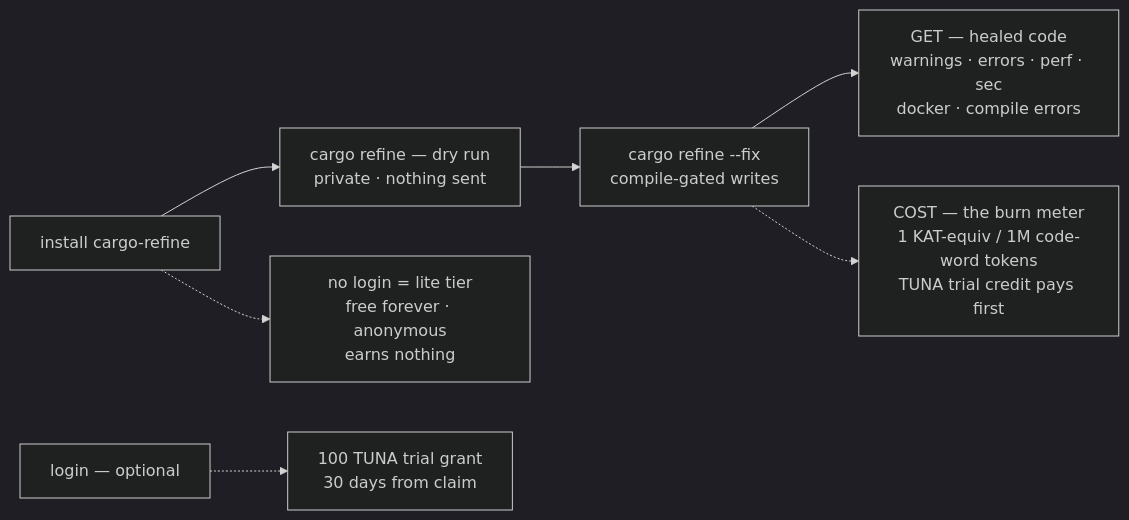
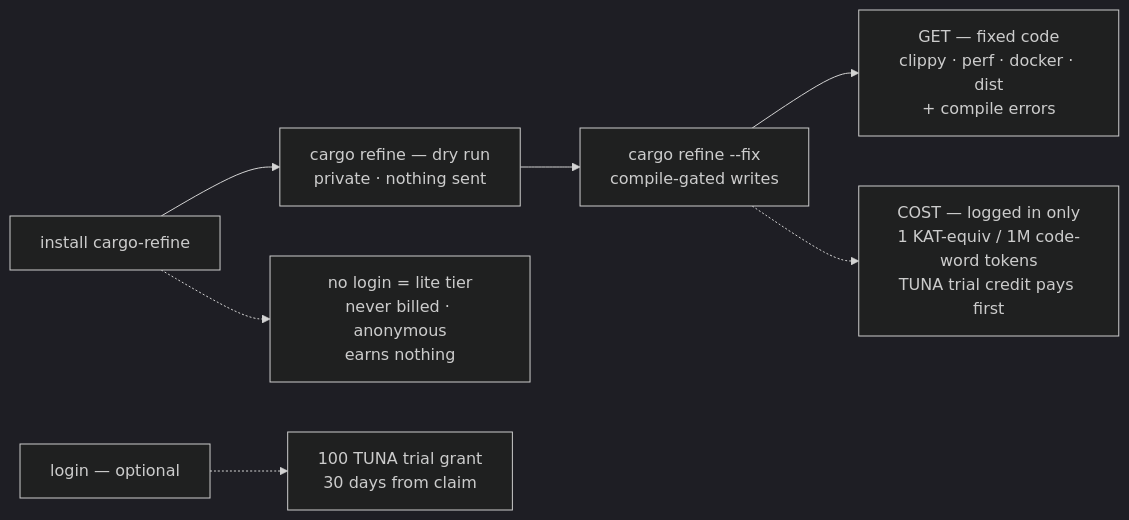
One commit to riir-ai/riir-refine changed the first of 4 diagrams in .docs/01_orientation/role_flows.md. Above: the diagram before and after it, drawn with Mermaid (dark theme). The commit also changed other lines of this file and 2 other files, not shown here.

Commit message:
docs: role-flow sources match the release + drop LLM provider names (web trust audit, riir-dapps Issue 110 T2/T5)
- role_coder: GET node = the released domain set (clippy · perf · docker ·
  dist + compile errors; sec is preview, not in the release); lite tier
  "never billed" (a logged-out run's meter is never reported); COST node
  "logged in only"; the stale cargo-heal labels replaced by the kat-service
  mirror's cargo-refine render (mirror == source again).
- role_fixer: "groq → infron → CF" -> "hosted LLM lane"; COST "a USD-capped
  hosted LLM API" — no provider plumbing on a public diagram.
- role_flows.md mermaid sources + the coder table row updated to match.

Session: riir-dapps web-family, 2026-10-03

````diff
--- a/.docs/01_orientation/role_flows.md
+++ b/.docs/01_orientation/role_flows.md
@@ -26,9 +26,9 @@
 ```mermaid
 flowchart LR
     INST["install cargo-refine"] --> DRY["cargo refine — dry run<br/>private · nothing sent"]
     DRY --> FIX["cargo refine --fix<br/>compile-gated writes"]
-    FIX --> GET["GET — healed code<br/>warnings · errors · perf · sec<br/>docker · compile errors"]
-    FIX -.-> COST["COST — the burn meter<br/>1 KAT-equiv / 1M code-word tokens<br/>TUNA trial credit pays first"]
-    INST -.-> LITE["no login = lite tier<br/>free forever · anonymous<br/>earns nothing"]
+    FIX --> GET["GET — fixed code<br/>clippy · perf · docker · dist<br/>+ compile errors"]
+    FIX -.-> COST["COST — logged in only<br/>1 KAT-equiv / 1M code-word tokens<br/>TUNA trial credit pays first"]
+    INST -.-> LITE["no login = lite tier<br/>never billed · anonymous<br/>earns nothing"]
     LOGIN["login — optional"] -.-> GRANT["100 TUNA trial grant<br/>30 days from claim"]
 ```
````
